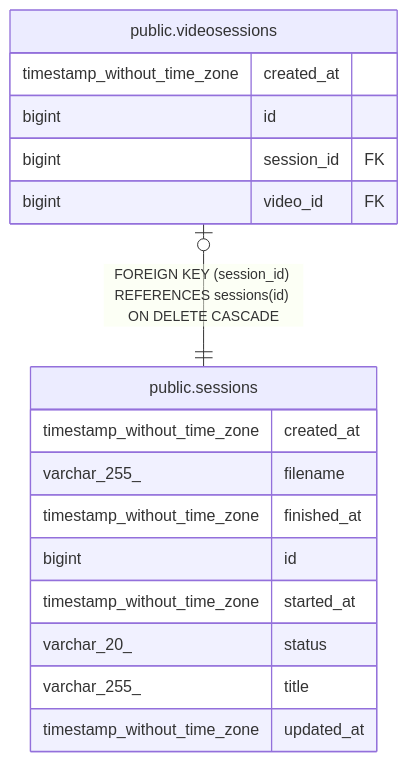
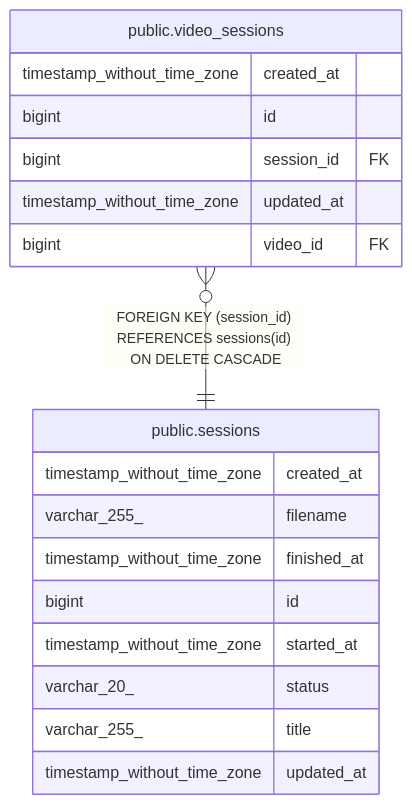
Before and after one commit to kijimad/tv: the diagram in backend/docs/db/public.sessions.md, drawn with Mermaid. The commit also changed other lines of this file and 16 other files, not shown here.

````diff
--- a/backend/docs/db/public.sessions.md
+++ b/backend/docs/db/public.sessions.md
@@ -43,22 +43,23 @@
 ```mermaid
 erDiagram
 
-"public.videosessions" |o--|| "public.sessions" : "FOREIGN KEY (session_id) REFERENCES sessions(id) ON DELETE CASCADE"
+"public.video_sessions" }o--|| "public.sessions" : "FOREIGN KEY (session_id) REFERENCES sessions(id) ON DELETE CASCADE"
 
 "public.sessions" {
   timestamp_without_time_zone created_at
   varchar_255_ filename
   timestamp_without_time_zone finished_at
   bigint id
   timestamp_without_time_zone started_at
   varchar_20_ status
   varchar_255_ title
   timestamp_without_time_zone updated_at
 }
-"public.videosessions" {
+"public.video_sessions" {
   timestamp_without_time_zone created_at
   bigint id
   bigint session_id FK
+  timestamp_without_time_zone updated_at
   bigint video_id FK
 }
 ```
````
